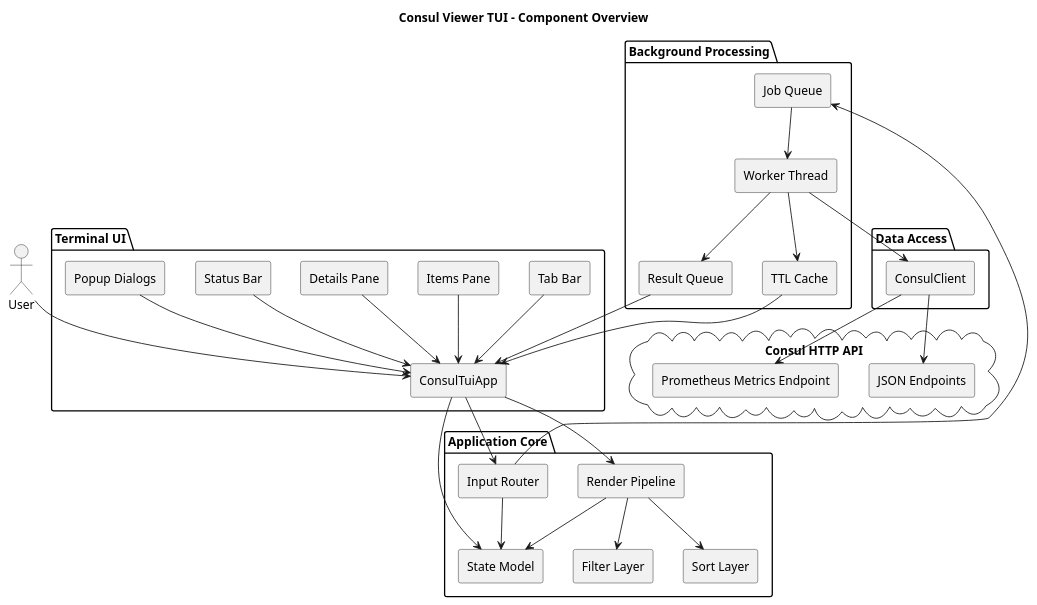
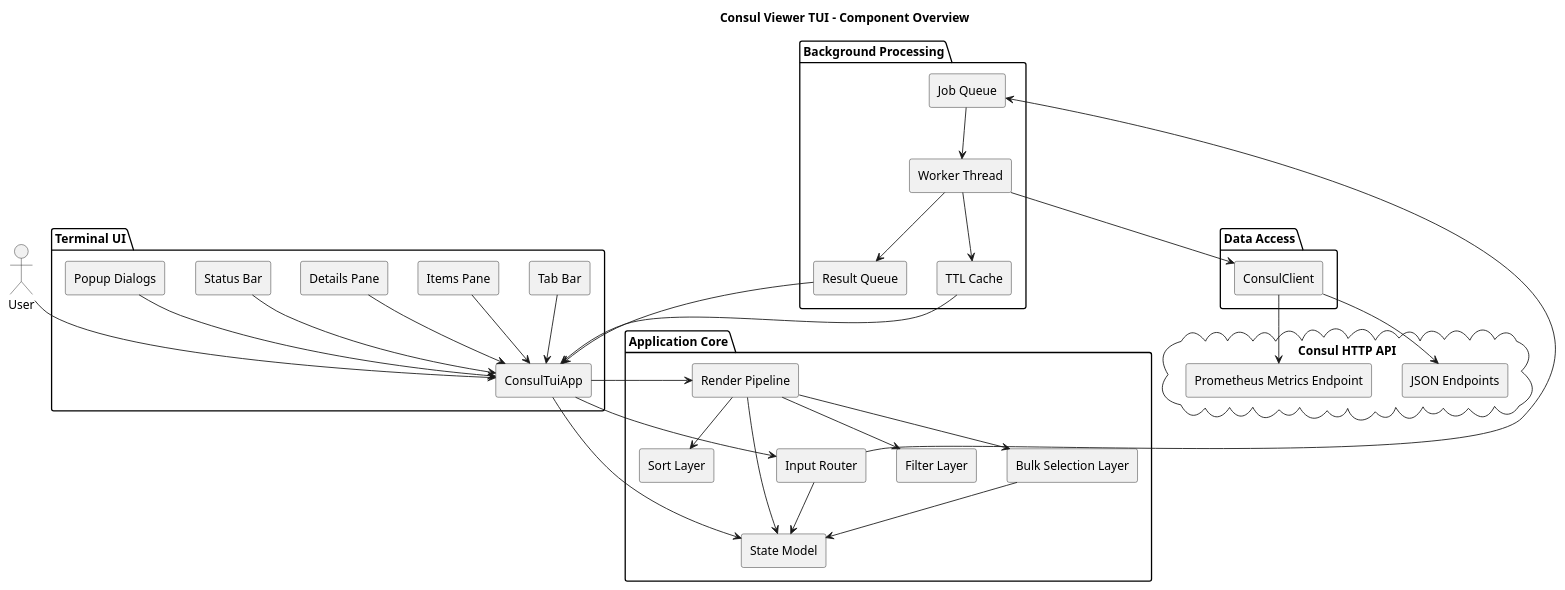
Before and after one commit to dtarasov7/consul-viewer: the diagram in diagramms/01-component-overview.puml, drawn with PlantUML. The commit also changed 15 other files, not shown here.

```diff
--- a/diagramms/01-component-overview.puml
+++ b/diagramms/01-component-overview.puml
@@ -1,69 +1,72 @@
 @startuml
 title Consul Viewer TUI - Component Overview
 
 skinparam componentStyle rectangle
 skinparam shadowing false
 
 actor User
 
 package "Terminal UI" {
   [ConsulTuiApp]
   [Tab Bar]
   [Items Pane]
   [Details Pane]
   [Status Bar]
   [Popup Dialogs]
 }
 
 package "Application Core" {
   [State Model]
   [Input Router]
   [Filter Layer]
+  [Bulk Selection Layer]
   [Sort Layer]
   [Render Pipeline]
 }
 
 package "Background Processing" {
   [Worker Thread]
   [Job Queue]
   [Result Queue]
   [TTL Cache]
 }
 
 package "Data Access" {
   [ConsulClient]
 }
 
 cloud "Consul HTTP API" {
   [JSON Endpoints]
   [Prometheus Metrics Endpoint]
 }
 
 User --> [ConsulTuiApp]
 [ConsulTuiApp] --> [Input Router]
 [ConsulTuiApp] --> [Render Pipeline]
 [ConsulTuiApp] --> [State Model]
 
 [Tab Bar] --> [ConsulTuiApp]
 [Items Pane] --> [ConsulTuiApp]
 [Details Pane] --> [ConsulTuiApp]
 [Status Bar] --> [ConsulTuiApp]
 [Popup Dialogs] --> [ConsulTuiApp]
 
 [Input Router] --> [State Model]
 [Input Router] --> [Job Queue]
 [Render Pipeline] --> [Filter Layer]
+[Render Pipeline] --> [Bulk Selection Layer]
 [Render Pipeline] --> [Sort Layer]
 [Render Pipeline] --> [State Model]
+[Bulk Selection Layer] --> [State Model]
 
 [Job Queue] --> [Worker Thread]
 [Worker Thread] --> [Result Queue]
 [Worker Thread] --> [TTL Cache]
 [Worker Thread] --> [ConsulClient]
 
 [ConsulClient] --> [JSON Endpoints]
 [ConsulClient] --> [Prometheus Metrics Endpoint]
 [Result Queue] --> [ConsulTuiApp]
 [TTL Cache] --> [ConsulTuiApp]
 
 @enduml
```
